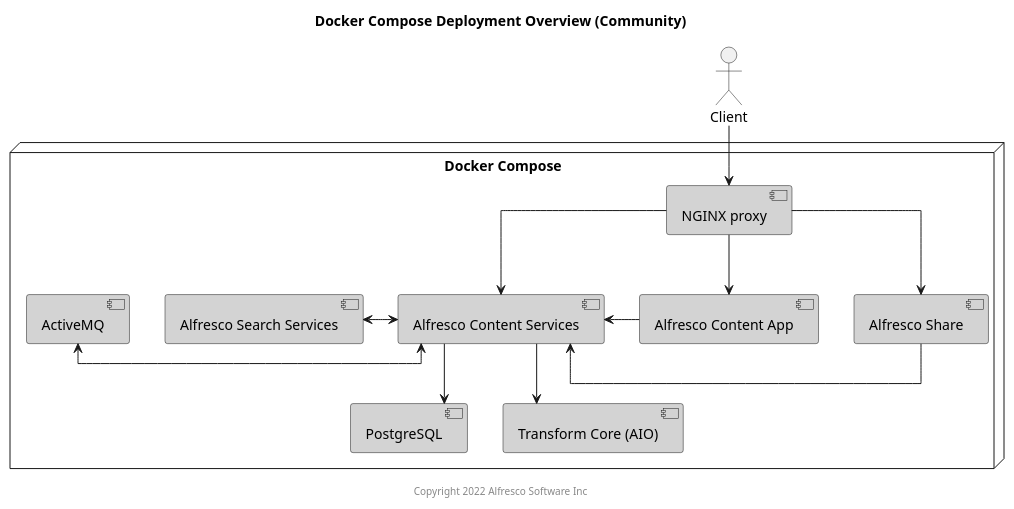
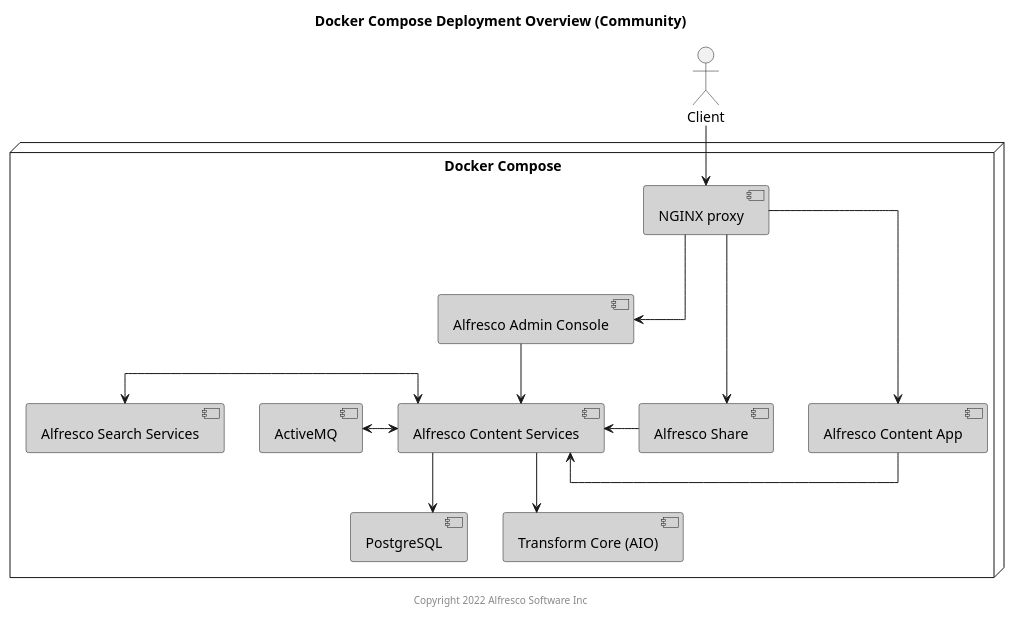
Before and after one commit to Alfresco/acs-deployment: the diagram in docs/docker-compose/diagrams/docker-compose-community.puml, drawn with PlantUML. The commit also changed 1 other file, not shown here.

```diff
--- a/docs/docker-compose/diagrams/docker-compose-community.puml
+++ b/docs/docker-compose/diagrams/docker-compose-community.puml
@@ -1,41 +1,43 @@
 @startuml
 
 Title: Docker Compose Deployment Overview (Community)
 
 skinparam componentStyle uml2
 skinparam linetype ortho
 skinparam rectangle {
     BorderStyle dashed
     FontSize 15
     FontStyle none
 }
 
 actor Client
 
 node "Docker Compose" {
     component "NGINX proxy" as proxy #lightgrey
     component "Alfresco Content Services" as acs #lightgrey
+    component "Alfresco Admin Console" as aac #lightgrey
     component "Alfresco Search Services" as ass #lightgrey
     component "PostgreSQL" as psql #lightgrey
     component "Alfresco Share" as share #lightgrey
     component "ActiveMQ" as amq #lightgrey
     component "Transform Core (AIO)" as tcore #lightgrey
     component "Alfresco Content App" as aca #lightgrey
 }
 
 Client --> proxy
 
-proxy --> acs
+proxy --> aac
 proxy --> share
 proxy --> aca
 
+aac --> acs
 acs <-left-> ass
 acs --> psql
 acs --> tcore
 acs <-left-> amq
 share -left-> acs
 aca -left-> acs
 
 center footer Copyright 2022 Alfresco Software Inc
 
 @enduml
```
